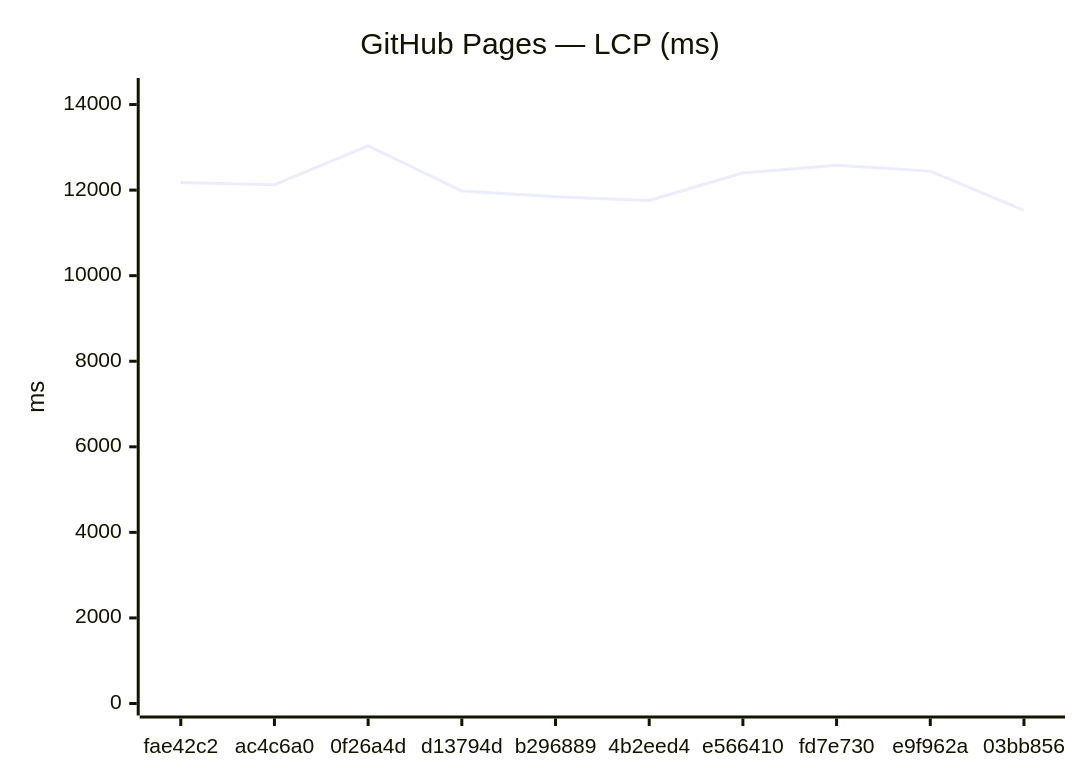
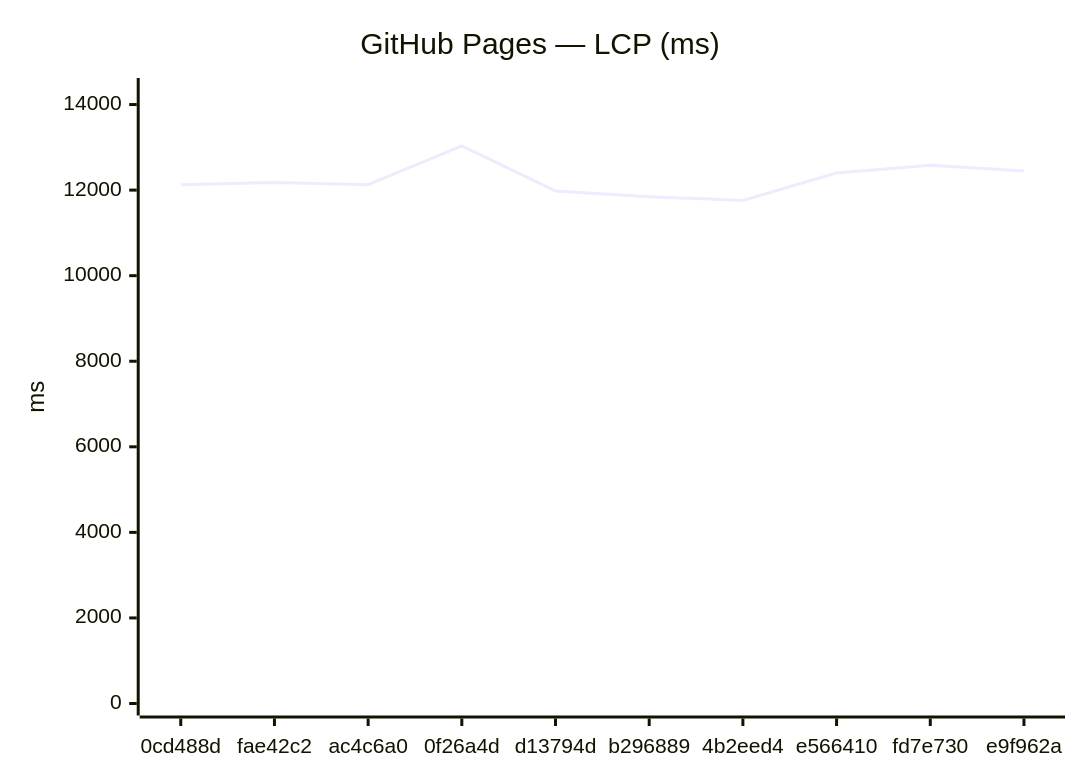
The third of 18 diagrams in benchmarks/compare.md (Metaheurist/Rianell), drawn with Mermaid before and after one commit. The commit also changed other lines of this file and 11 other files, not shown here.

````diff
--- a/benchmarks/compare.md
+++ b/benchmarks/compare.md
@@ -54,7 +54,7 @@
 ```mermaid
 xychart-beta
     title "GitHub Pages — LCP (ms)"
-    x-axis ["fae42c2", "ac4c6a0", "0f26a4d", "d13794d", "b296889", "4b2eed4", "e566410", "fd7e730", "e9f962a", "03bb856"]
+    x-axis ["0cd488d", "fae42c2", "ac4c6a0", "0f26a4d", "d13794d", "b296889", "4b2eed4", "e566410", "fd7e730", "e9f962a"]
     y-axis "ms" 0 --> 14340
-    line [12180, 12127, 13036, 11979, 11847, 11759, 12402, 12580, 12444, 11529]
+    line [12126, 12180, 12127, 13036, 11979, 11847, 11759, 12402, 12580, 12444]
 ```
````
